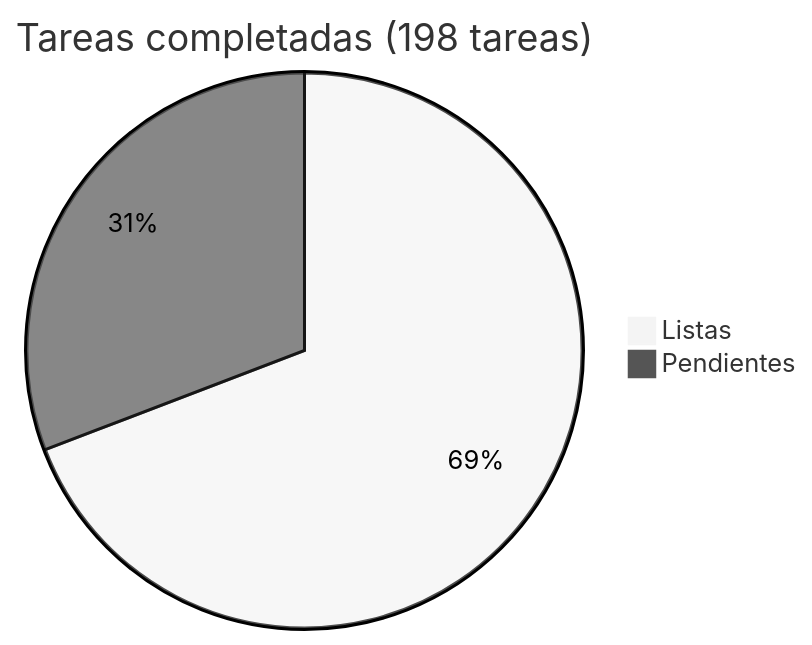
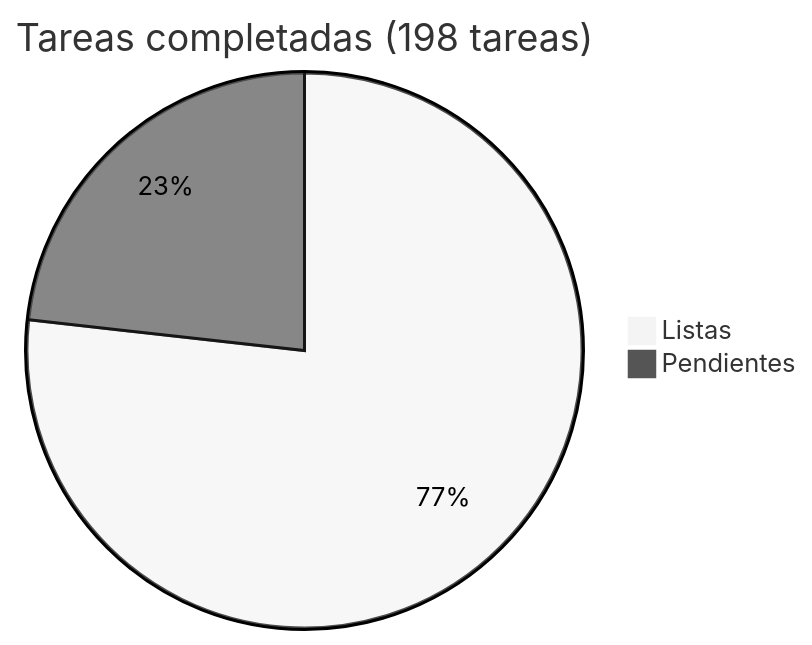
The diagram in docs/roadmap/README.md (araguaney-lat/araguaney), drawn with Mermaid (neutral theme) before and after one commit. The commit also changed other lines of this file and 1 other file, not shown here.

Commit message:
docs: mark Phase 7 tasks 1-12 + 17-19 as completed in roadmap (77% overall)

````diff
--- a/docs/roadmap/README.md
+++ b/docs/roadmap/README.md
@@ -5,5 +5,5 @@
 ```mermaid
 pie title Tareas completadas (198 tareas)
-    "Listas" : 137
-    "Pendientes" : 61
+    "Listas" : 152
+    "Pendientes" : 46
 ```
````
